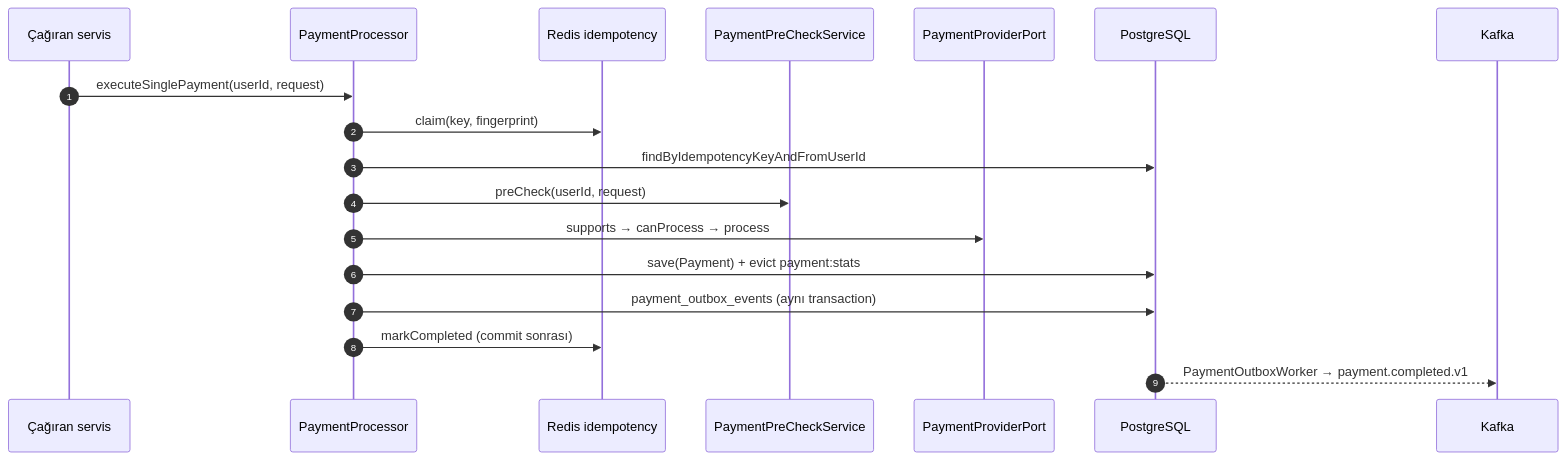
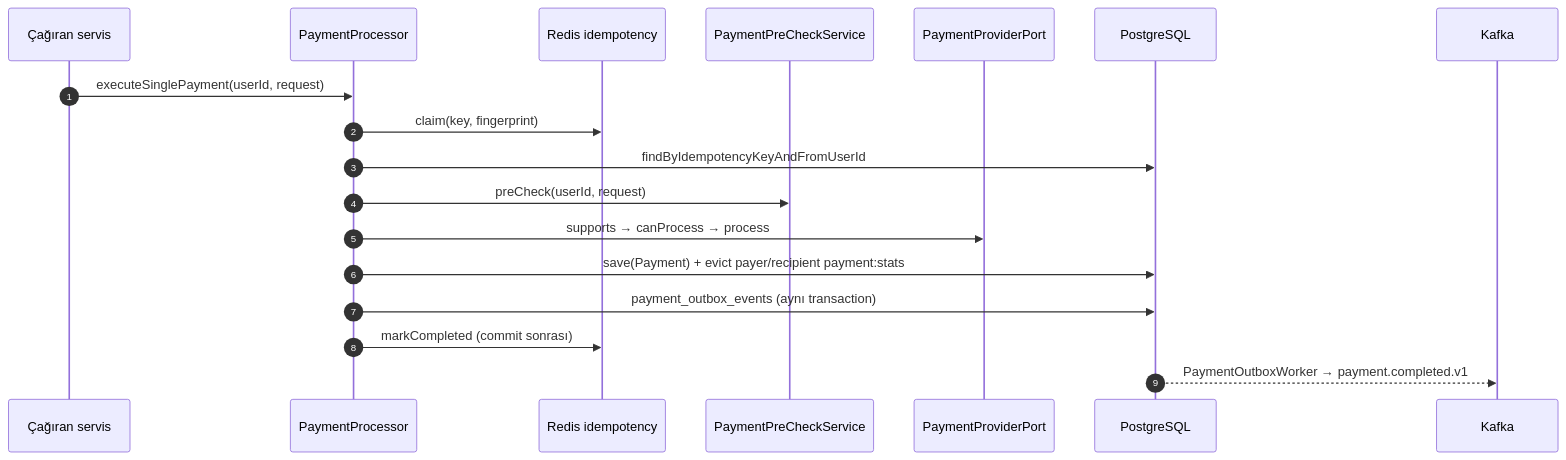
The diagram in docs/payment-strategy-and-provider-extension-guide.md (Shyesilbas/secondHand), drawn with Mermaid before and after one commit. The commit also changed other lines of this file and 55 other files, not shown here.

````diff
--- a/docs/payment-strategy-and-provider-extension-guide.md
+++ b/docs/payment-strategy-and-provider-extension-guide.md
@@ -104,21 +104,21 @@
 ```mermaid
 sequenceDiagram
     autonumber
     participant Caller as Çağıran servis
     participant Proc as PaymentProcessor
     participant Redis as Redis idempotency
     participant Pre as PaymentPreCheckService
     participant Prov as PaymentProviderPort
     participant DB as PostgreSQL
     participant Kafka as Kafka
 
     Caller->>Proc: executeSinglePayment(userId, request)
     Proc->>Redis: claim(key, fingerprint)
     Proc->>DB: findByIdempotencyKeyAndFromUserId
     Proc->>Pre: preCheck(userId, request)
     Proc->>Prov: supports → canProcess → process
-    Proc->>DB: save(Payment) + evict payment:stats
+    Proc->>DB: save(Payment) + evict payer/recipient payment:stats
     Proc->>DB: payment_outbox_events (aynı transaction)
     Proc->>Redis: markCompleted (commit sonrası)
     DB-->>Kafka: PaymentOutboxWorker → payment.completed.v1
 ```
````
